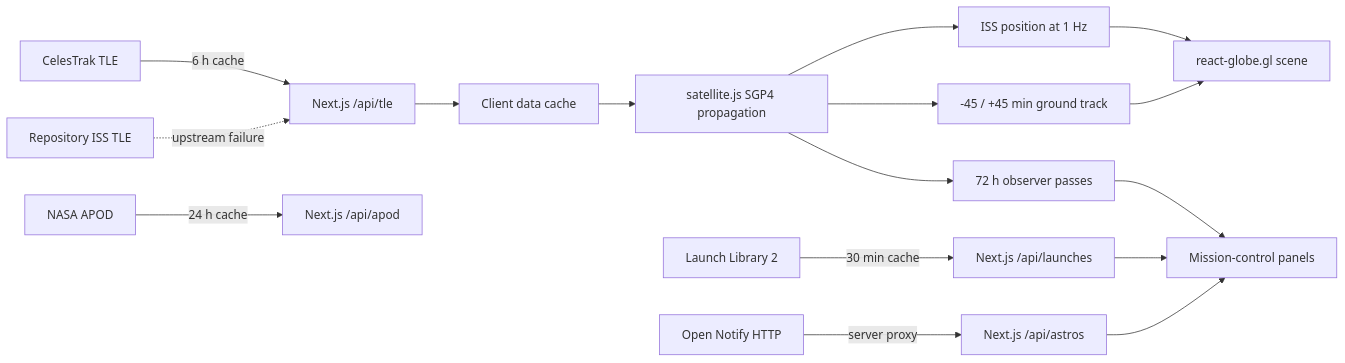
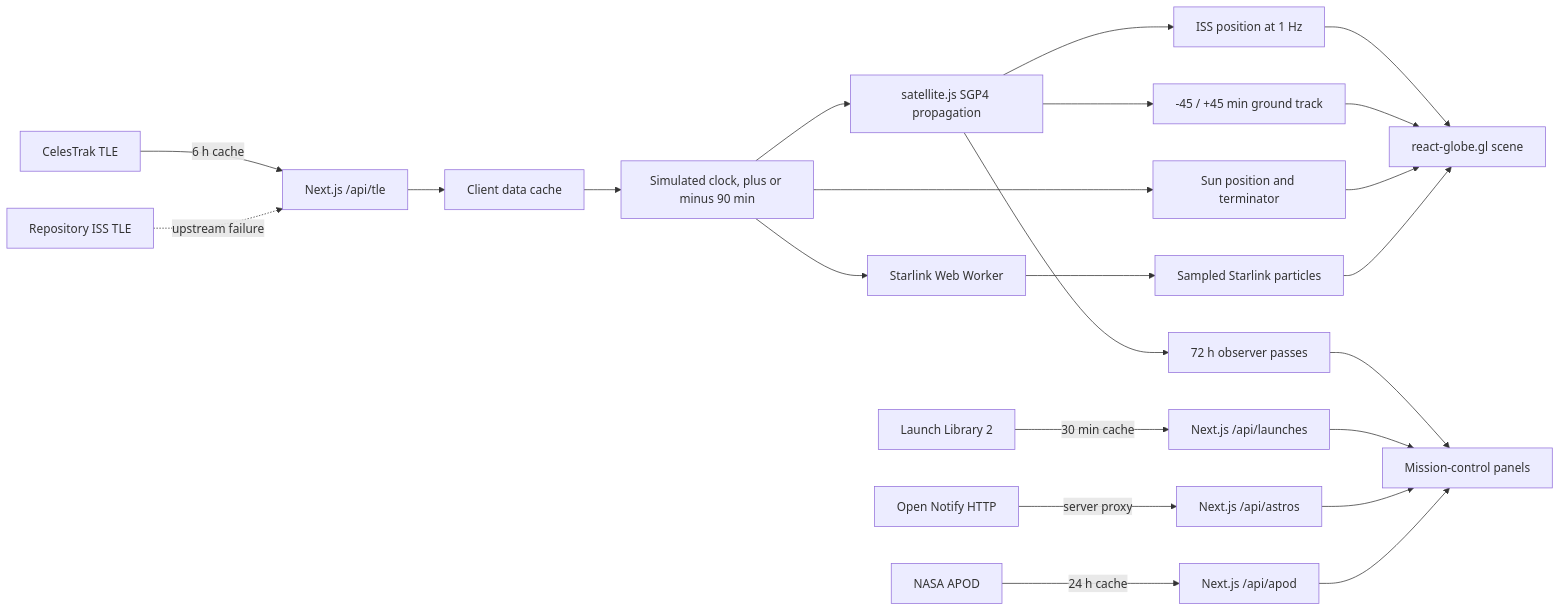
Before and after one commit to MertArtun/orbital: the diagram in README.md, drawn with Mermaid. The commit also changed other lines of this file and 1 other file, not shown here.

````diff
--- a/README.md
+++ b/README.md
@@ -38,20 +42,27 @@
 ```mermaid
 flowchart LR
   CT[CelesTrak TLE] -->|6 h cache| TLE[Next.js /api/tle]
   LL[Launch Library 2] -->|30 min cache| LAPI[Next.js /api/launches]
   ON[Open Notify HTTP] -->|server proxy| AAPI[Next.js /api/astros]
   APOD[NASA APOD] -->|24 h cache| NAPI[Next.js /api/apod]
 
   TLE --> CLIENT[Client data cache]
-  CLIENT --> SGP4[satellite.js SGP4 propagation]
+  CLIENT --> CLOCK[Simulated clock, plus or minus 90 min]
+  CLOCK --> SGP4[satellite.js SGP4 propagation]
+  CLOCK --> SUN[Sun position and terminator]
+  CLOCK --> WORKER[Starlink Web Worker]
   SGP4 --> POS[ISS position at 1 Hz]
   SGP4 --> TRACK[-45 / +45 min ground track]
   SGP4 --> PASSES[72 h observer passes]
+  WORKER --> POINTS[Sampled Starlink particles]
   POS --> GLOBE[react-globe.gl scene]
   TRACK --> GLOBE
+  SUN --> GLOBE
+  POINTS --> GLOBE
   PASSES --> UI[Mission-control panels]
   LAPI --> UI
   AAPI --> UI
+  NAPI --> UI
 
   FALLBACK[Repository ISS TLE] -. upstream failure .-> TLE
 ```
````
